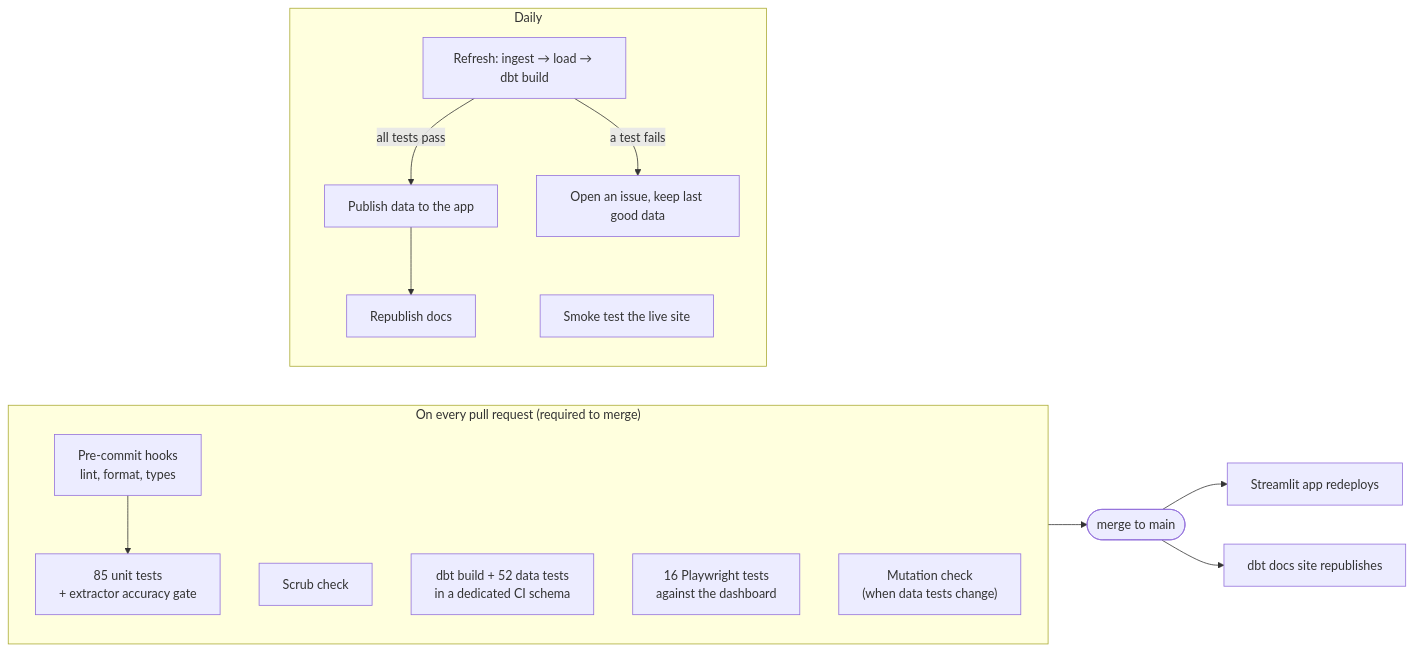
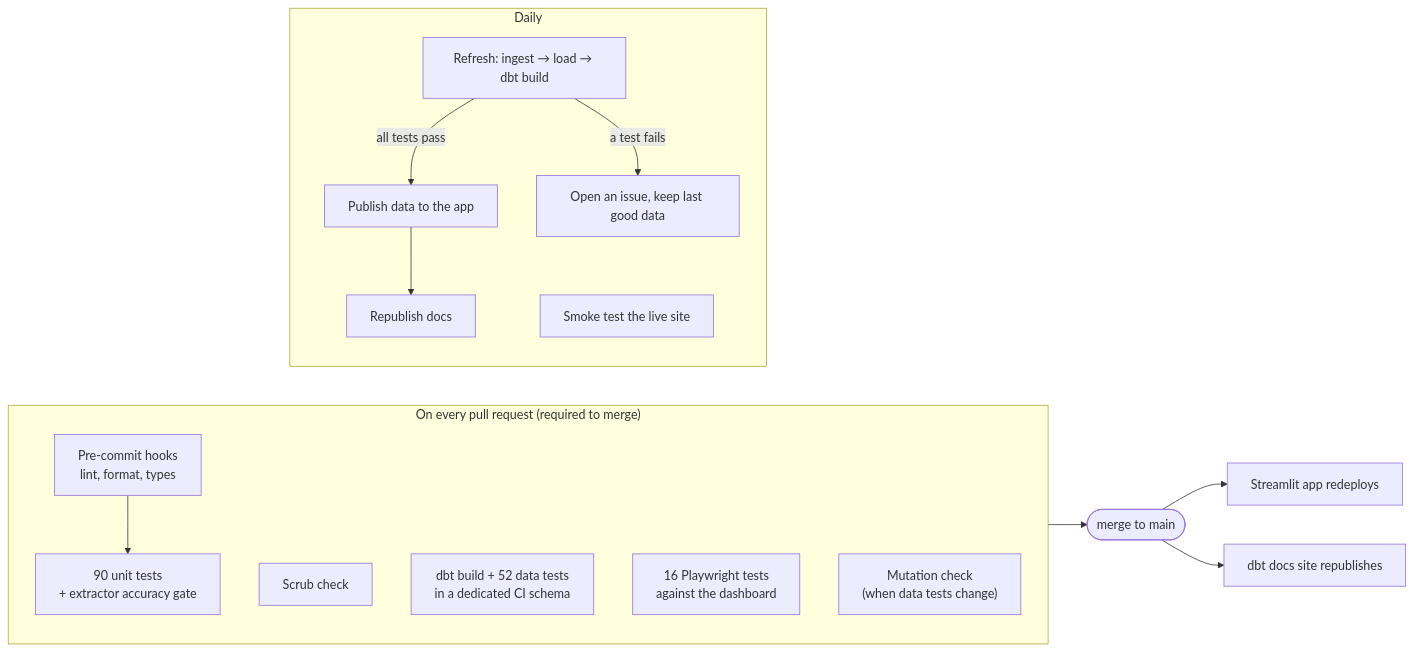
One commit to wacsvn/hiring-market-pulse changed the second of 2 diagrams in README.md. Above: the diagram before and after it, drawn with Mermaid. The commit also changed other lines of this file and 1 other file, not shown here.

````diff
--- a/README.md
+++ b/README.md
@@ -173,21 +174,21 @@
 ```mermaid
 flowchart LR
   subgraph PR["On every pull request (required to merge)"]
     direction TB
-    L["Pre-commit hooks<br/>lint, format, types"] --> U["85 unit tests<br/>+ extractor accuracy gate"]
+    L["Pre-commit hooks<br/>lint, format, types"] --> U["90 unit tests<br/>+ extractor accuracy gate"]
     S[Scrub check]
     D["dbt build + 52 data tests<br/>in a dedicated CI schema"]
     E["16 Playwright tests<br/>against the dashboard"]
     M["Mutation check<br/>(when data tests change)"]
   end
   PR --> MERGE([merge to main])
   MERGE --> APP[Streamlit app redeploys]
   MERGE --> DOCS[dbt docs site republishes]
   subgraph DAILY["Daily"]
     direction TB
     R["Refresh: ingest → load → dbt build"] -->|all tests pass| PUB[Publish data to the app]
     R -->|a test fails| ISS[Open an issue, keep last good data]
     PUB --> DOCS2[Republish docs]
     SMOKE[Smoke test the live site]
   end
 ```
````
